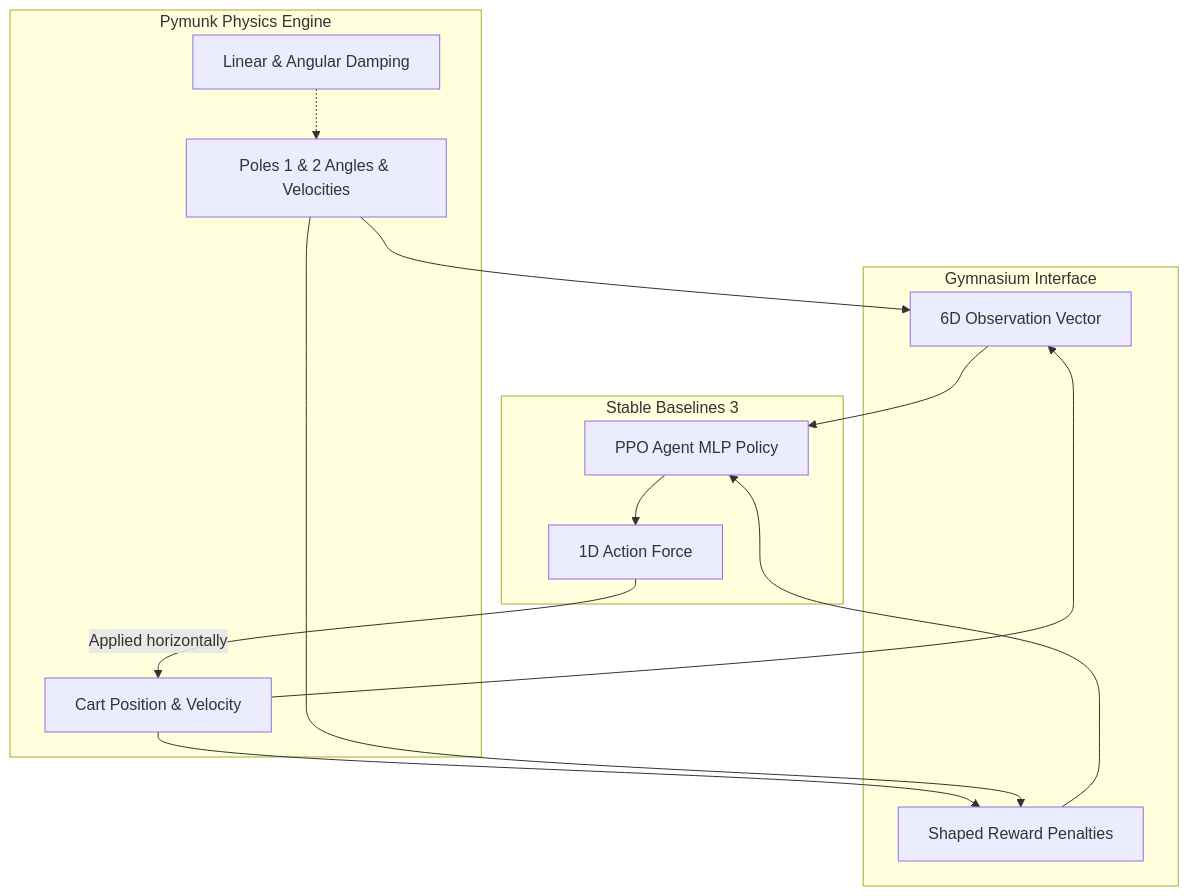
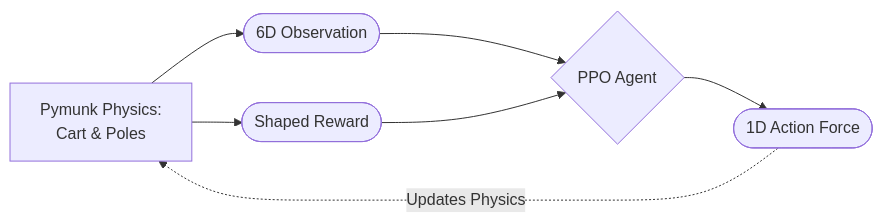
One commit to SabbellaLaharika/Reinforcement-Learning-double-inverted-pendulum changed the diagram in README.md. Above: the diagram before and after it, drawn with Mermaid. The commit also changed other lines of this file, not shown here.

Commit message:
UI polishing for README

````diff
--- a/README.md
+++ b/README.md
@@ -11,31 +11,12 @@
 ```mermaid
-graph TD
-    subgraph Physics[Pymunk Physics Engine]
-        Damping[Linear & Angular Damping]
-        Cart[Cart Position & Velocity]
-        Poles[Poles 1 & 2 Angles & Velocities]
-    end
-
-    subgraph Gym[Gymnasium Interface]
-        Obs[6D Observation Vector]
-        Reward[Shaped Reward Penalties]
-    end
-
-    subgraph Agent[Stable Baselines 3]
-        PPO[PPO Agent MLP Policy]
-        Action[1D Action Force]
-    end
-
-    Damping -.-> Poles
-    Cart --> Obs
-    Poles --> Obs
+flowchart LR
+    %% Ultra-clean RL Loop
+    State[Pymunk Physics:<br>Cart & Poles] --> Obs([6D Observation])
+    State --> Reward([Shaped Reward])
     
-    Cart --> Reward
-    Poles --> Reward
-
-    Obs --> PPO
+    Obs --> PPO{PPO Agent}
     Reward --> PPO
     
-    PPO --> Action
-    Action -->|Applied horizontally| Cart
+    PPO --> Action([1D Action Force])
+    Action -.->|Updates Physics| State
 ```
````
